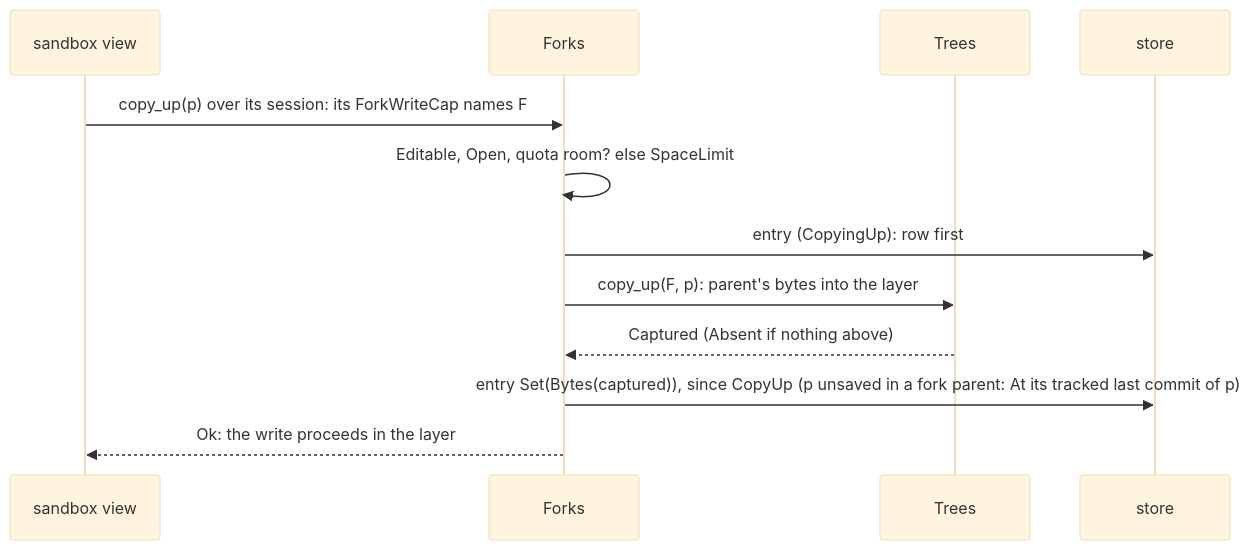
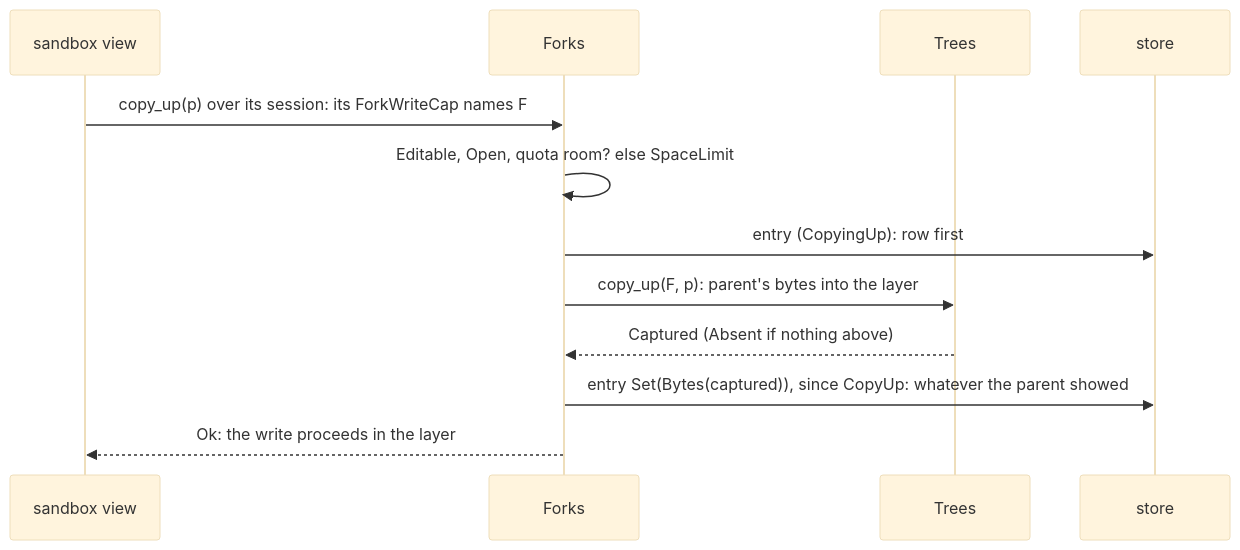
The second of 4 diagrams in docs/target-architecture/domains/forks.md (mcurcio/agentfs), drawn with Mermaid (base theme) before and after one commit. The commit also changed other lines of this file and 9 other files, not shown here.

````diff
--- a/docs/target-architecture/domains/forks.md
+++ b/docs/target-architecture/domains/forks.md
@@ -210,14 +211,14 @@
 ```mermaid
 sequenceDiagram
   participant V as sandbox view
   participant F as Forks
   participant T as Trees
   participant S as store
   V->>F: copy_up(p) over its session: its ForkWriteCap names F
   F->>F: Editable, Open, quota room? else SpaceLimit
   F->>S: entry (CopyingUp): row first
   F->>T: copy_up(F, p): parent's bytes into the layer
   T-->>F: Captured (Absent if nothing above)
-  F->>S: entry Set(Bytes(captured)), since CopyUp (p unsaved in a fork parent: At its tracked last commit of p)
+  F->>S: entry Set(Bytes(captured)), since CopyUp: whatever the parent showed
   F-->>V: Ok: the write proceeds in the layer
 ```
````
